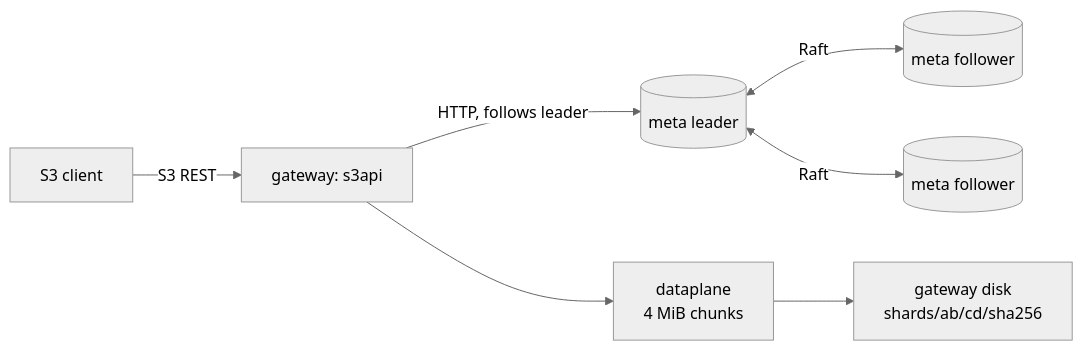
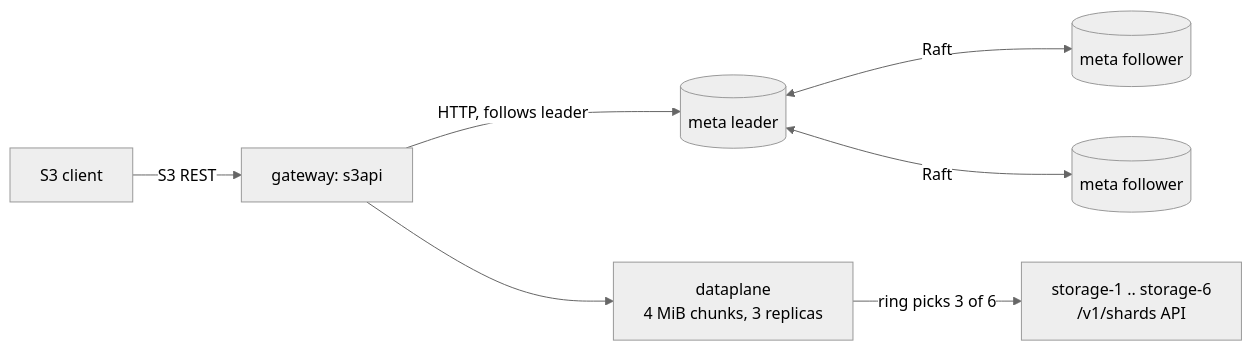
One commit to Sounabha07/S3-Object-Store changed the second of 2 diagrams in README.md. Above: the diagram before and after it, drawn with Mermaid (neutral theme). The commit also changed other lines of this file and 29 other files, not shown here.

````diff
--- a/README.md
+++ b/README.md
@@ -39,9 +39,9 @@
 ```mermaid
 flowchart LR
     C[S3 client] -->|S3 REST| API[gateway: s3api]
     API -->|HTTP, follows leader| L[(meta leader)]
     L <-->|Raft| F1[(meta follower)]
     L <-->|Raft| F2[(meta follower)]
-    API --> DP[dataplane<br/>4 MiB chunks]
-    DP --> D[gateway disk<br/>shards/ab/cd/sha256]
+    API --> DP[dataplane<br/>4 MiB chunks, 3 replicas]
+    DP -->|ring picks 3 of 6| SN[storage-1 .. storage-6<br/>/v1/shards API]
 ```
````
